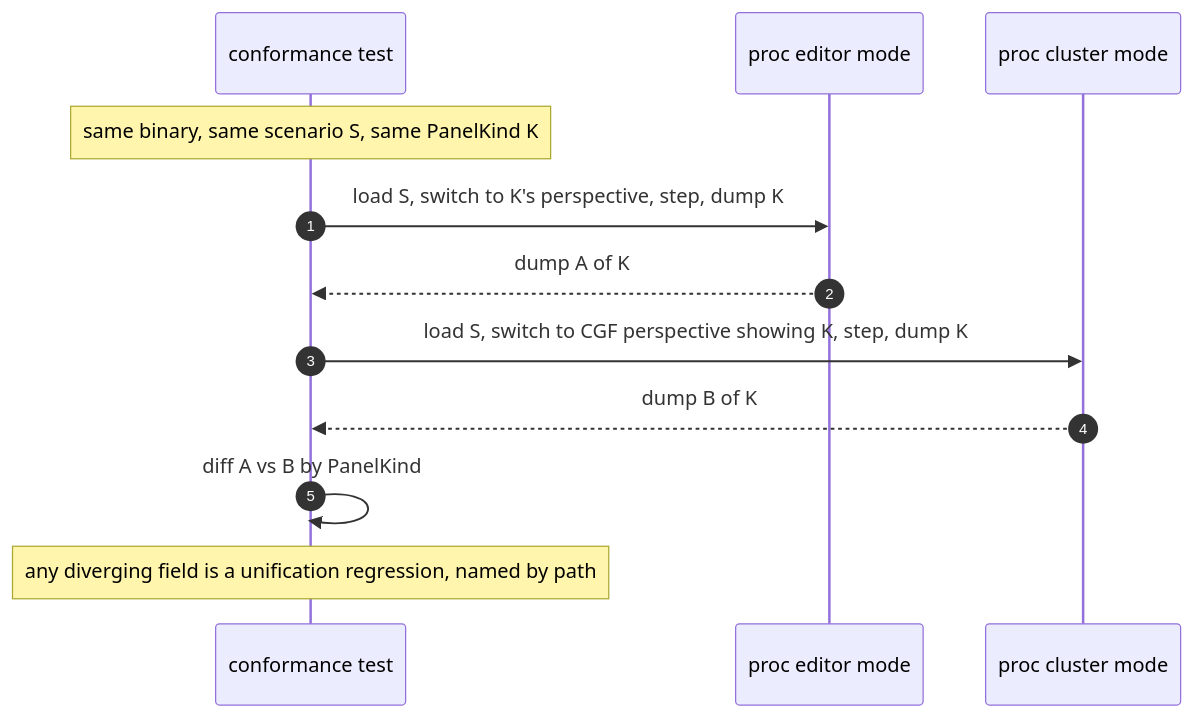
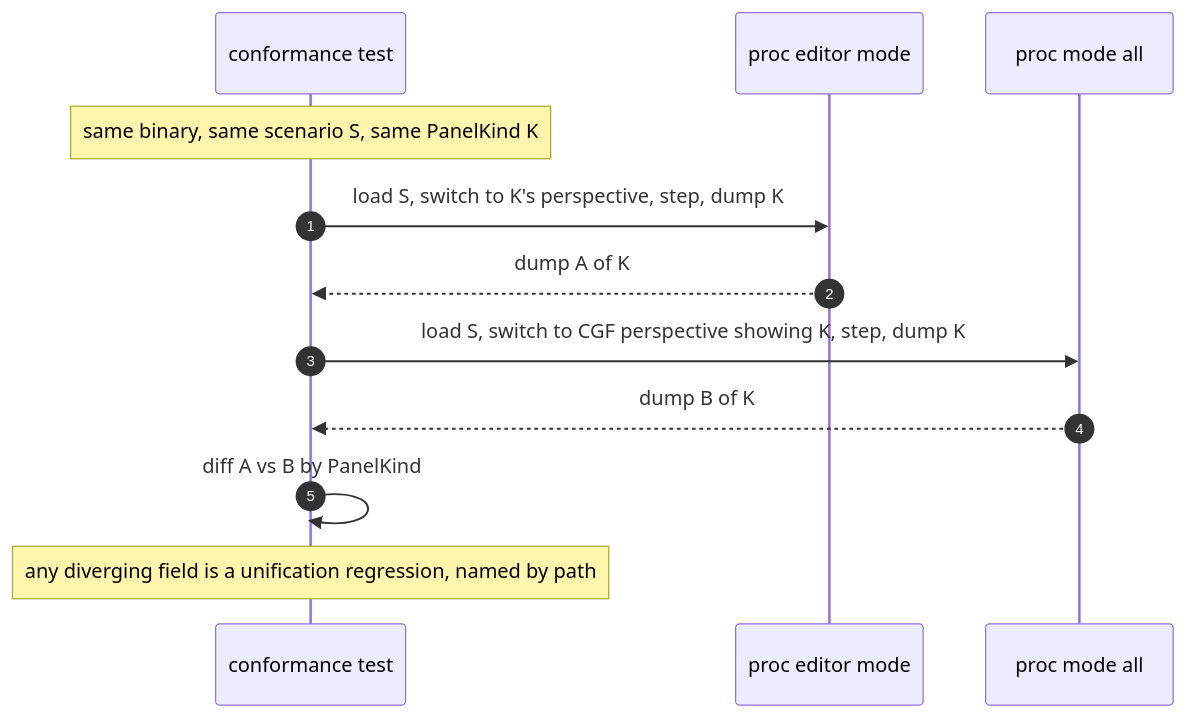
One commit to pjanec/HROT changed the fourth of 4 diagrams in docs/DESIGN_Headless_Testability.md. Above: the diagram before and after it, drawn with Mermaid. The commit also changed other lines of this file and 3 other files, not shown here.

````diff
--- a/docs/DESIGN_Headless_Testability.md
+++ b/docs/DESIGN_Headless_Testability.md
@@ -176,15 +178,15 @@
 ```mermaid
 sequenceDiagram
     autonumber
     participant T as conformance test
     participant A as proc editor mode
-    participant B as proc cluster mode
+    participant B as proc mode all
 
     Note over T: same binary, same scenario S, same PanelKind K
     T->>A: load S, switch to K's perspective, step, dump K
     A-->>T: dump A of K
     T->>B: load S, switch to CGF perspective showing K, step, dump K
     B-->>T: dump B of K
     T->>T: diff A vs B by PanelKind
     Note over T: any diverging field is a unification regression, named by path
 ```
````
